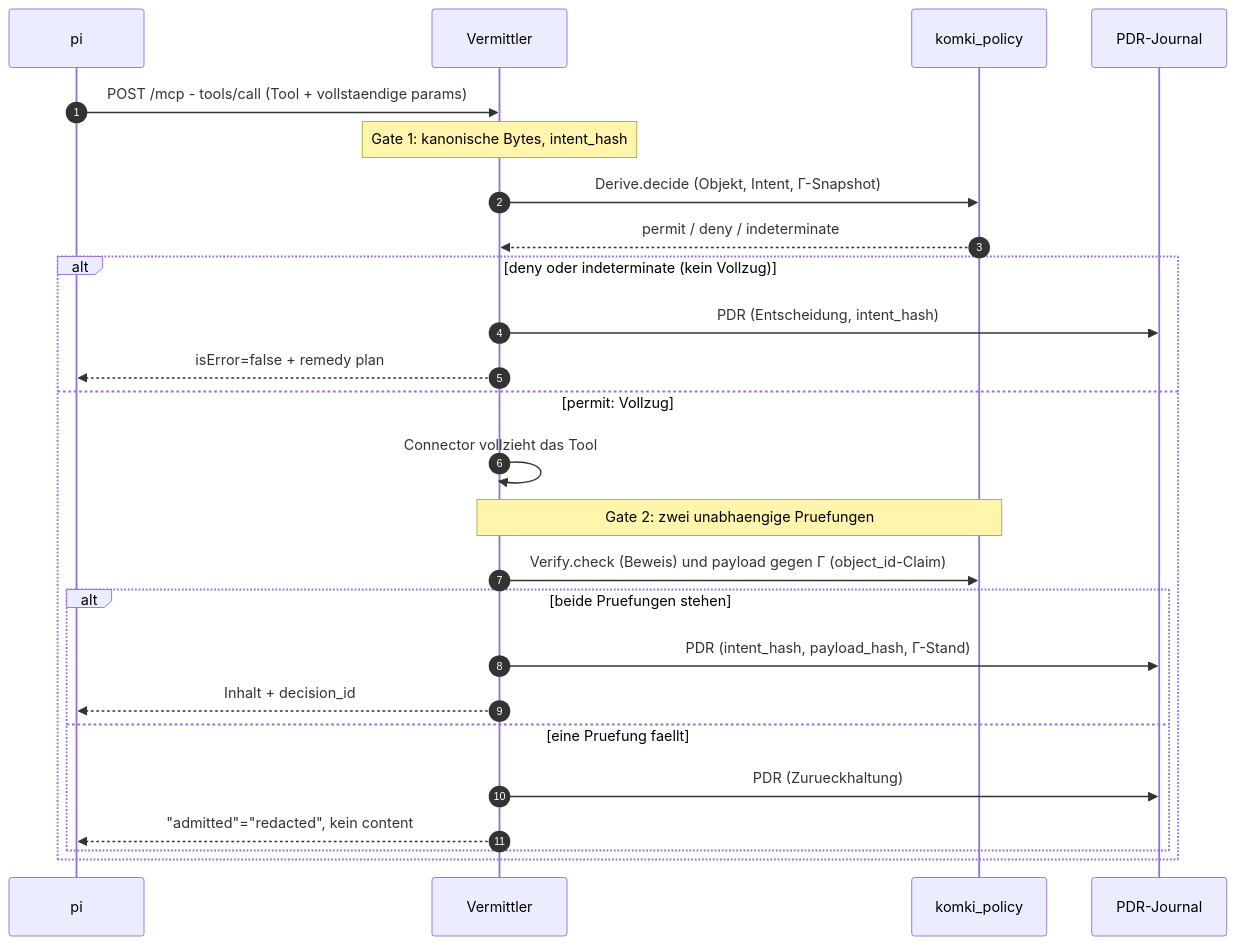
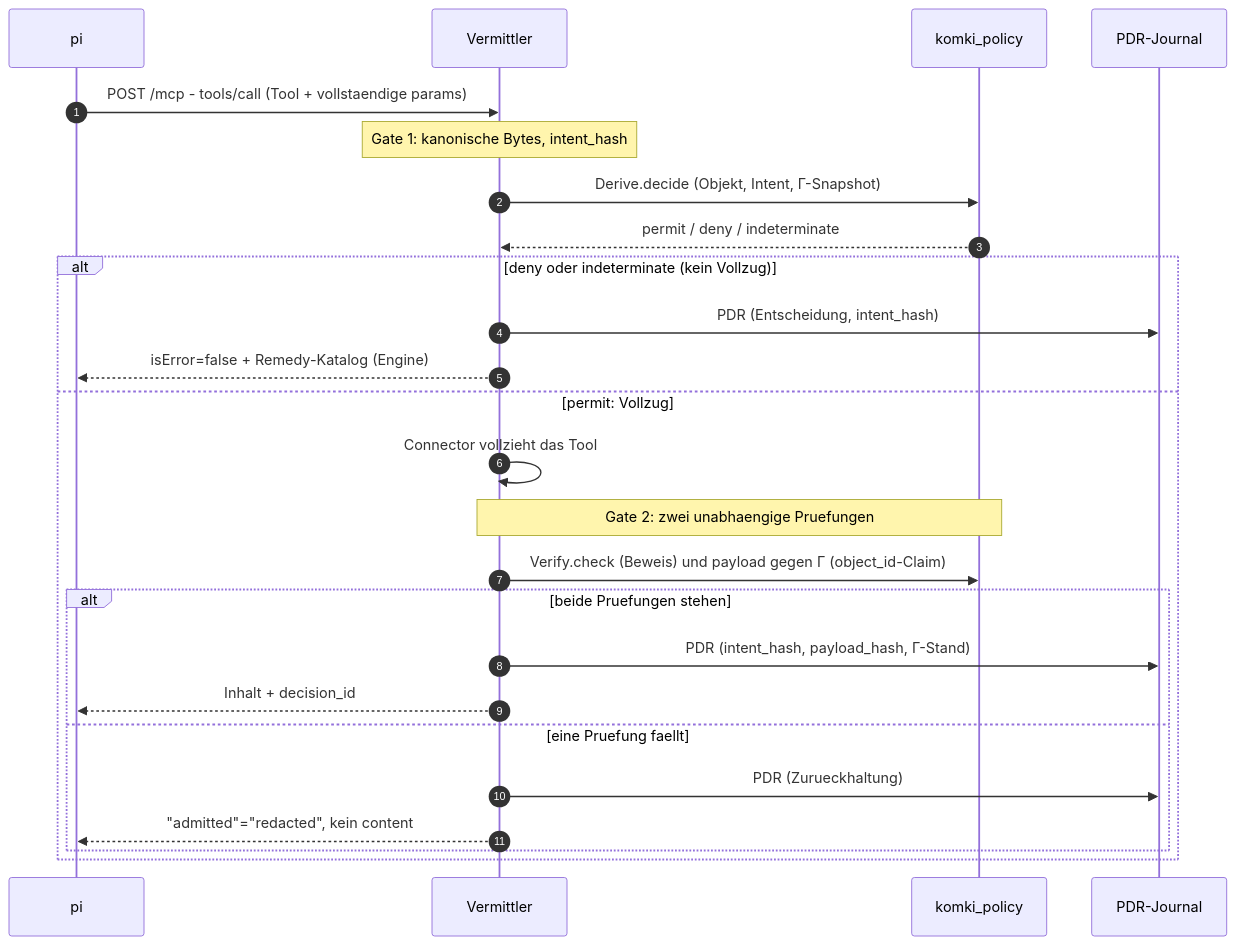
The second of 2 diagrams in apps/komki_mediator/README.md (croesnick/kommunalpolitik_ki), drawn with Mermaid before and after one commit. The commit also changed other lines of this file and 6 other files, not shown here.

First line of the commit message:
Vermittler: Remedy-Katalog single-sourcen aus komki_policy (Ticket #115)

````diff
--- a/apps/komki_mediator/README.md
+++ b/apps/komki_mediator/README.md
@@ -83,29 +83,29 @@
 ```mermaid
 sequenceDiagram
     autonumber
     participant P as pi
     participant M as Vermittler
     participant K as komki_policy
     participant J as PDR-Journal
 
     P->>M: POST /mcp - tools/call (Tool + vollstaendige params)
     Note over M: Gate 1: kanonische Bytes, intent_hash
     M->>K: Derive.decide (Objekt, Intent, Γ-Snapshot)
     K-->>M: permit / deny / indeterminate
 
     alt deny oder indeterminate (kein Vollzug)
         M->>J: PDR (Entscheidung, intent_hash)
-        M-->>P: isError=false + remedy plan
+        M-->>P: isError=false + Remedy-Katalog (Engine)
     else permit: Vollzug
         M->>M: Connector vollzieht das Tool
         Note over M,K: Gate 2: zwei unabhaengige Pruefungen
         M->>K: Verify.check (Beweis) und payload gegen Γ (object_id-Claim)
         alt beide Pruefungen stehen
             M->>J: PDR (intent_hash, payload_hash, Γ-Stand)
             M-->>P: Inhalt + decision_id
         else eine Pruefung faellt
             M->>J: PDR (Zurueckhaltung)
             M-->>P: "admitted"="redacted", kein content
         end
     end
 ```
````
